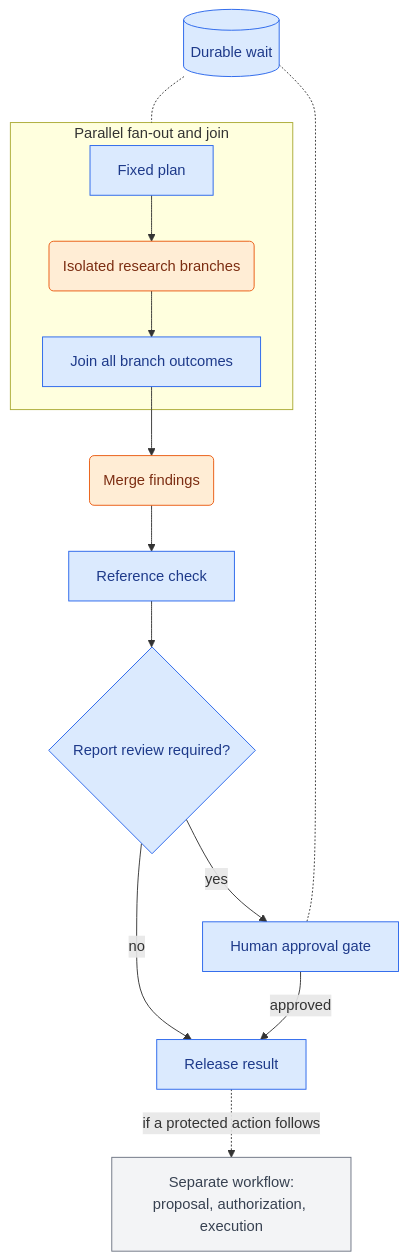
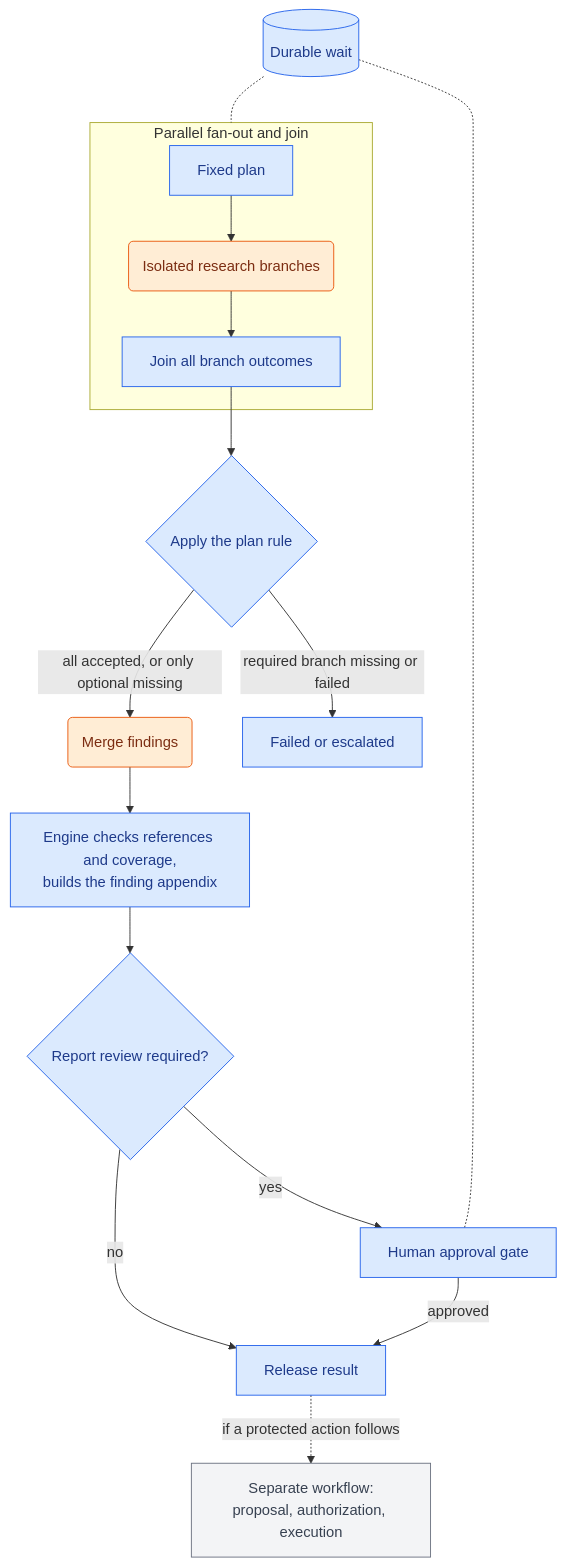
Before and after one commit to mzagar/wg-workflows-and-process-integration: the second of 3 diagrams in workstreams/reference-architectures/architectures/parallel-research-and-merge.md, drawn with Mermaid. The commit also changed other lines of this file and 2 other files, not shown here.

````diff
--- a/workstreams/reference-architectures/architectures/parallel-research-and-merge.md
+++ b/workstreams/reference-architectures/architectures/parallel-research-and-merge.md
@@ -131,21 +139,24 @@
 ```mermaid
 flowchart TB
     subgraph FJ[Parallel fan-out and join]
         plan[Fixed plan] --> branches("Isolated research branches")
         branches --> join[Join all branch outcomes]
     end
-    join --> merge("Merge findings") --> check[Reference check]
+    join --> rule{Apply the plan rule}
+    rule -- "all accepted, or only optional missing" --> merge("Merge findings")
+    rule -- "required branch missing or failed" --> failed[Failed or escalated]
+    merge --> check["Engine checks references and coverage,<br/>builds the finding appendix"]
     check --> review{Report review required?}
     review -- no --> release[Release result]
     review -- yes --> gate[Human approval gate]
     gate -- approved --> release
     wait[(Durable wait)] -.- FJ
     wait -.- gate
     release -. "if a protected action follows" .-> other["Separate workflow:<br/>proposal, authorization, execution"]
-    class plan,join,check,review,release,gate,wait workflow
+    class plan,join,rule,check,review,release,gate,wait,failed workflow
     class branches,merge agent
     class other external
     classDef workflow fill:#dbeafe,stroke:#2563eb,color:#1e3a8a
     classDef agent fill:#ffedd5,stroke:#ea580c,color:#7c2d12
     classDef external fill:#f3f4f6,stroke:#6b7280,color:#374151
 ```
````
